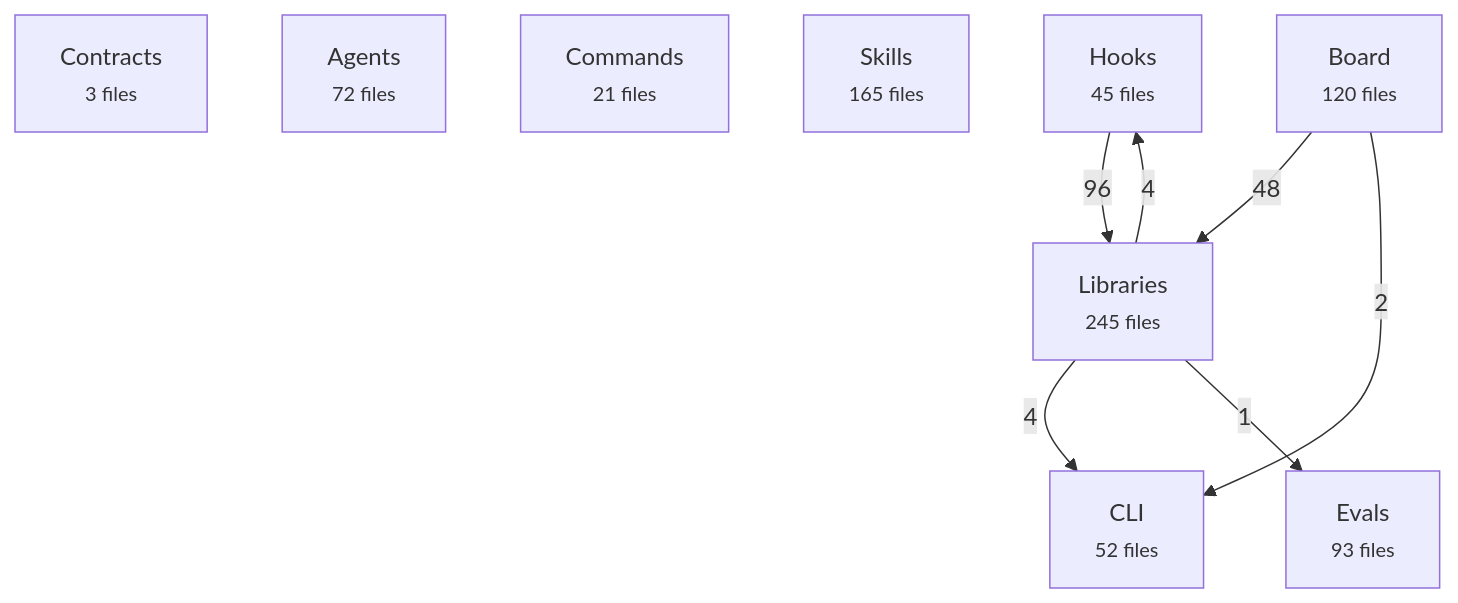
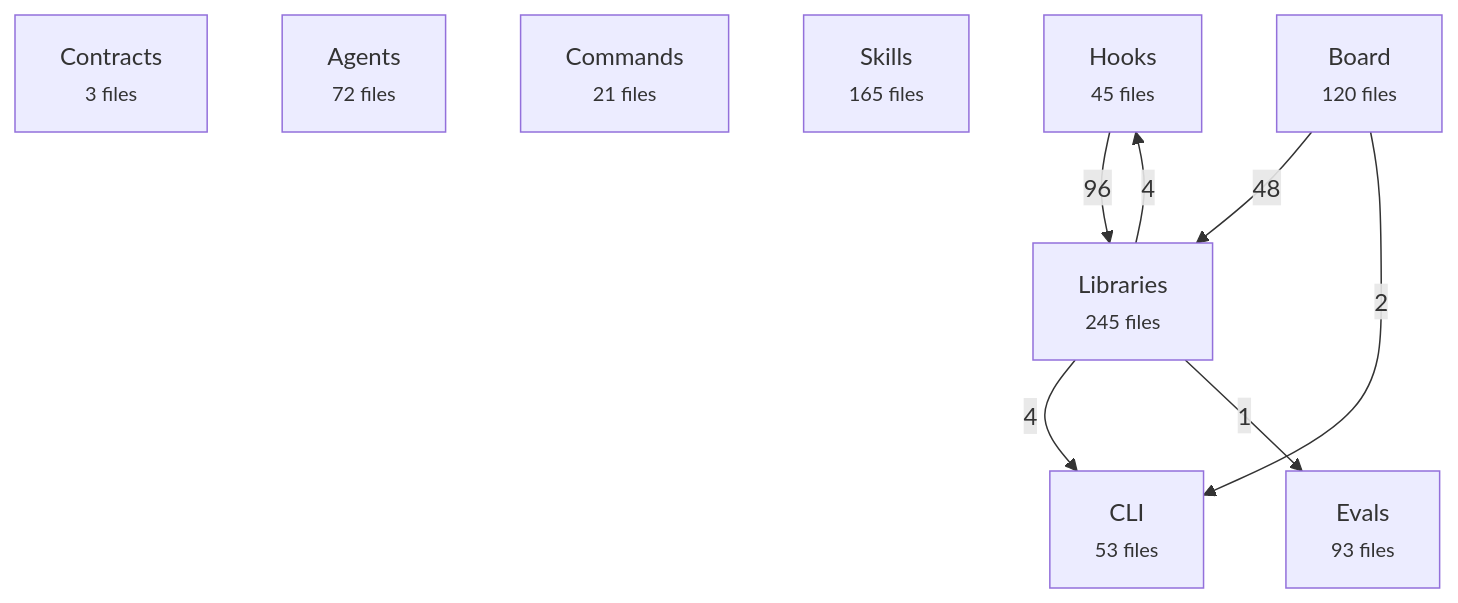
Before and after one commit to avelikiy/great_cto: the first of 2 diagrams in docs/reference/architecture-map.md, drawn with Mermaid. The commit also changed other lines of this file and 3 other files, not shown here.

````diff
--- a/docs/reference/architecture-map.md
+++ b/docs/reference/architecture-map.md
@@ -20,18 +20,18 @@
 ```mermaid
 flowchart TD
   contracts["Contracts<br/><small>3 files</small>"]
   agents["Agents<br/><small>72 files</small>"]
   commands["Commands<br/><small>21 files</small>"]
   skills["Skills<br/><small>165 files</small>"]
   hooks["Hooks<br/><small>45 files</small>"]
   libs["Libraries<br/><small>245 files</small>"]
   board["Board<br/><small>120 files</small>"]
-  cli["CLI<br/><small>52 files</small>"]
+  cli["CLI<br/><small>53 files</small>"]
   evals["Evals<br/><small>93 files</small>"]
   hooks -->|96| libs
   board -->|48| libs
   libs -->|4| hooks
   libs -->|4| cli
   board -->|2| cli
   libs -->|1| evals
 ```
````
